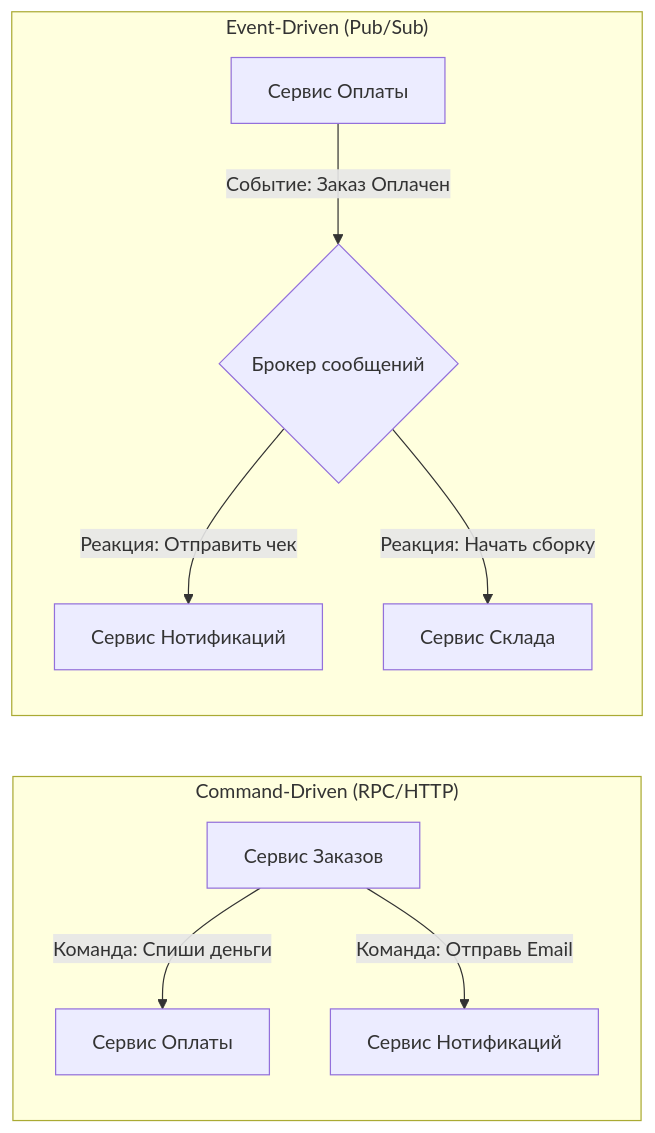
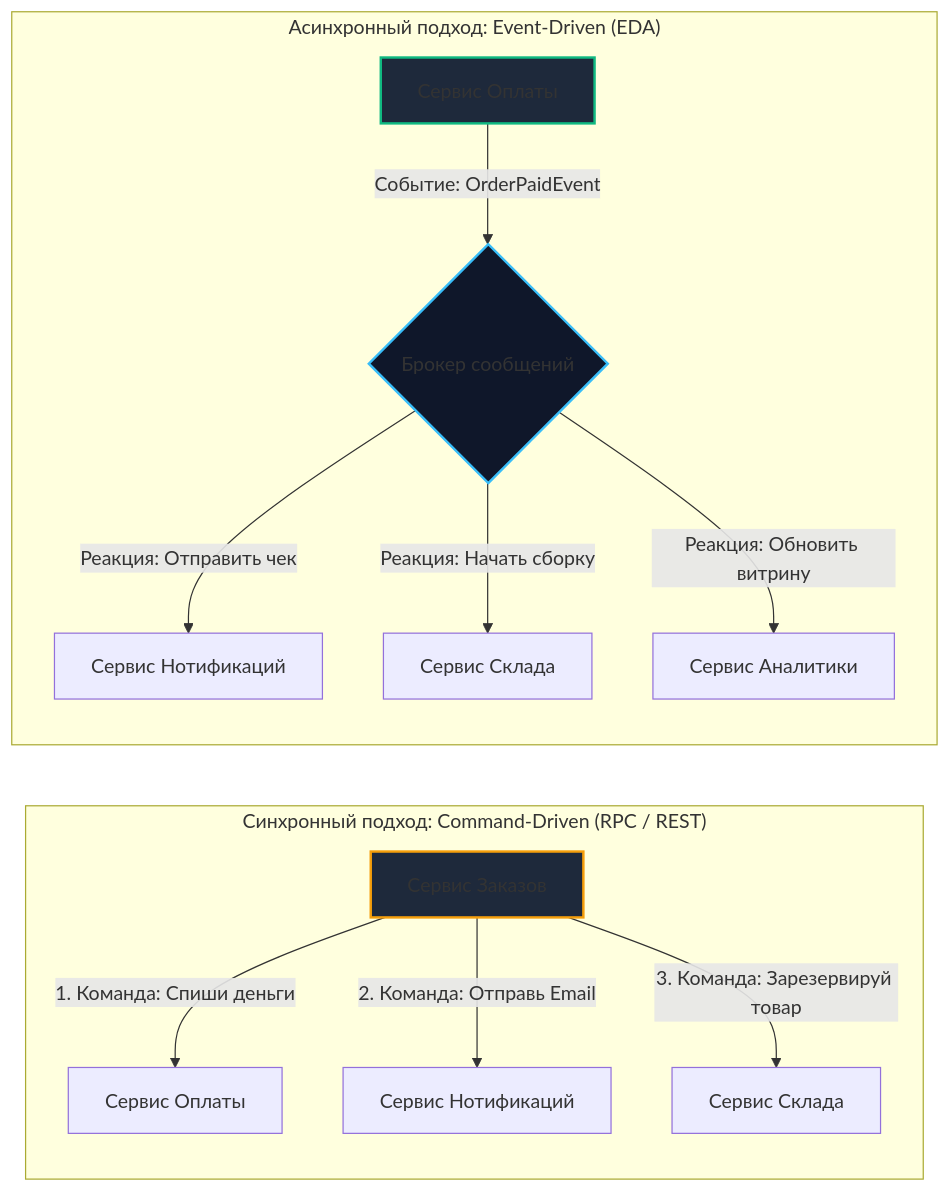
One commit to UnrealTemplier/go-textbook changed the first of 2 diagrams in sources/13. Очереди, брокеры сообщений и оркестраторы/05. Паттерны и архитектура/3. Event Driven Architecture.md. Above: the diagram before and after it, drawn with Mermaid. The commit also changed other lines of this file, not shown here.

Commit message:
feat(module-13): editorial rewrite of lecture 3 (Event Driven Architecture) in Subsection 5 in Kernighan style

````diff
--- a/sources/13. Очереди, брокеры сообщений и оркестраторы/05. Паттерны и архитектура/3. Event Driven Architecture.md
+++ b/sources/13. Очереди, брокеры сообщений и оркестраторы/05. Паттерны и архитектура/3. Event Driven Architecture.md
@@ -22,13 +25,21 @@
 ```mermaid
 flowchart LR
-    subgraph Command Driven ["Command-Driven (RPC/HTTP)"]
-        A["Сервис Заказов"] -->|"Команда: Спиши деньги"| B["Сервис Оплаты"]
-        A -->|"Команда: Отправь Email"| C["Сервис Нотификаций"]
+    subgraph CommandDriven ["Синхронный подход: Command-Driven (RPC / REST)"]
+        direction TB
+        A["Сервис Заказов"] -->|"1. Команда: Спиши деньги"| B["Сервис Оплаты"]
+        A -->|"2. Команда: Отправь Email"| C["Сервис Нотификаций"]
+        A -->|"3. Команда: Зарезервируй товар"| D["Сервис Склада"]
     end
 
-    subgraph Event Driven ["Event-Driven (Pub/Sub)"]
-        D["Сервис Оплаты"] -->|"Событие: Заказ Оплачен"| E{"Брокер сообщений"}
-        E -->|"Реакция: Отправить чек"| F["Сервис Нотификаций"]
-        E -->|"Реакция: Начать сборку"| G["Сервис Склада"]
+    subgraph EventDriven ["Асинхронный подход: Event-Driven (EDA)"]
+        direction TB
+        E["Сервис Оплаты"] -->|"Событие: OrderPaidEvent"| Broker{"Брокер сообщений"}
+        Broker -->|"Реакция: Отправить чек"| F["Сервис Нотификаций"]
+        Broker -->|"Реакция: Начать сборку"| G["Сервис Склада"]
+        Broker -->|"Реакция: Обновить витрину"| H["Сервис Аналитики"]
     end
+
+    style Broker fill:#0f172a,stroke:#38bdf8,stroke-width:2px
+    style A fill:#1e293b,stroke:#f59e0b,stroke-width:2px
+    style E fill:#1e293b,stroke:#10b981,stroke-width:2px
 ```
````
